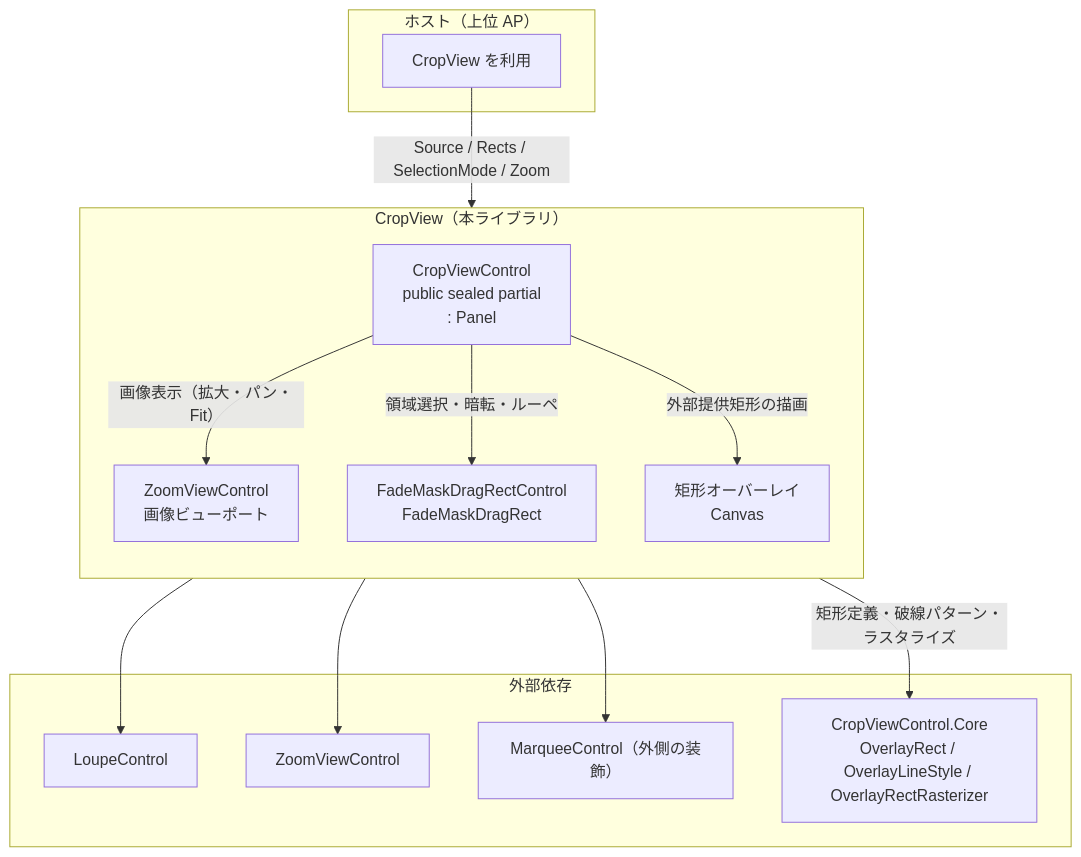
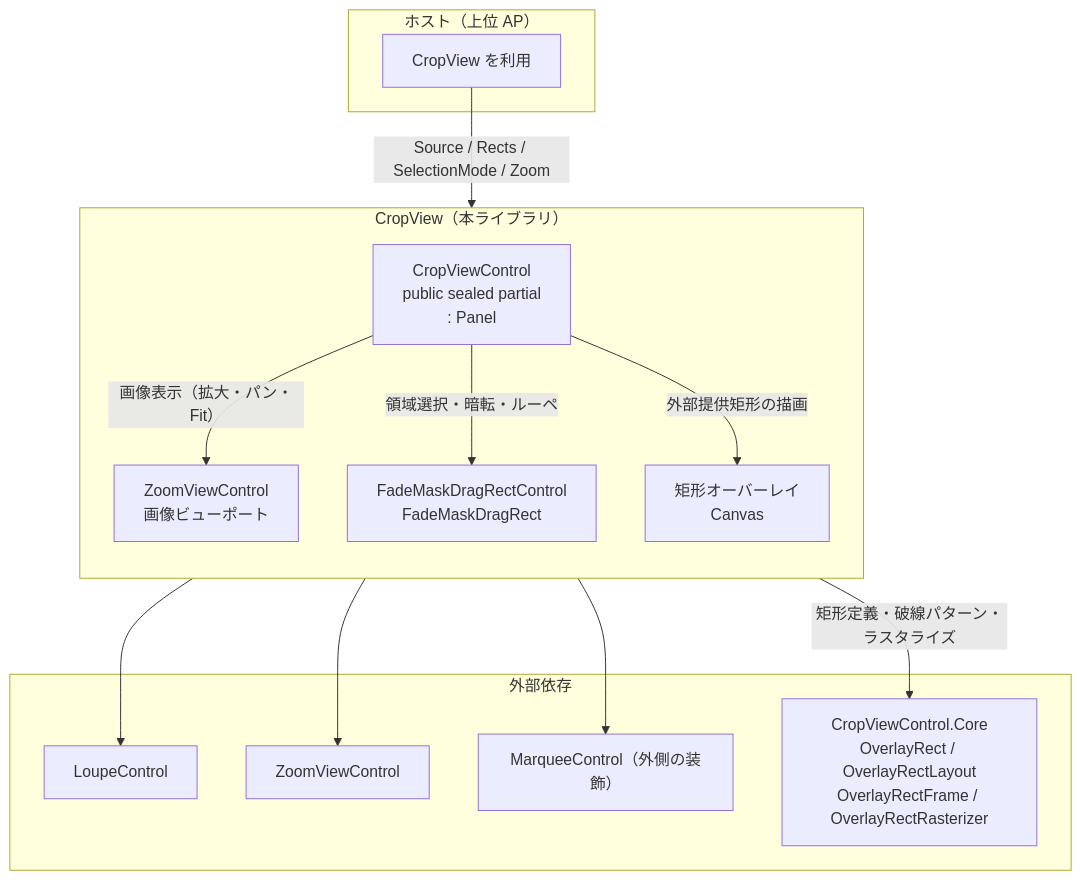
The diagram in src/CropViewControl.AvaloniaUI/SPEC_System.md (tomokuni/SaveEvidence), drawn with Mermaid before and after one commit. The commit also changed other lines of this file and 226 other files, not shown here.

````diff
--- a/src/CropViewControl.AvaloniaUI/SPEC_System.md
+++ b/src/CropViewControl.AvaloniaUI/SPEC_System.md
@@ -36,30 +36,30 @@
 ```mermaid
 flowchart TB
     subgraph Host["ホスト（上位 AP）"]
         H["CropView を利用"]
     end
 
     subgraph CV["CropView（本ライブラリ）"]
         direction TB
         Ctl["CropViewControl<br/>public sealed partial<br/>: Panel"]
         ZV["ZoomViewControl<br/>画像ビューポート"]
         FM["FadeMaskDragRectControl<br/>FadeMaskDragRect"]
         RO["矩形オーバーレイ<br/>Canvas"]
     end
 
     subgraph Dep["外部依存"]
         Loupe["LoupeControl"]
         Zoom["ZoomViewControl"]
         DR["MarqueeControl（外側の装飾）"]
-        Core["CropViewControl.Core<br/>OverlayRect / OverlayLineStyle / OverlayRectRasterizer"]
+        Core["CropViewControl.Core<br/>OverlayRect / OverlayRectLayout<br/>OverlayRectFrame / OverlayRectRasterizer"]
     end
 
     H -->|"Source / Rects / SelectionMode / Zoom"| Ctl
     Ctl -->|"画像表示（拡大・パン・Fit）"| ZV
     Ctl -->|"領域選択・暗転・ルーペ"| FM
     Ctl -->|"外部提供矩形の描画"| RO
     Ctl -->|"矩形定義・破線パターン・ラスタライズ"| Core
     FM --> Loupe
     ZV --> Zoom
     FM --> DR
 ```
````
